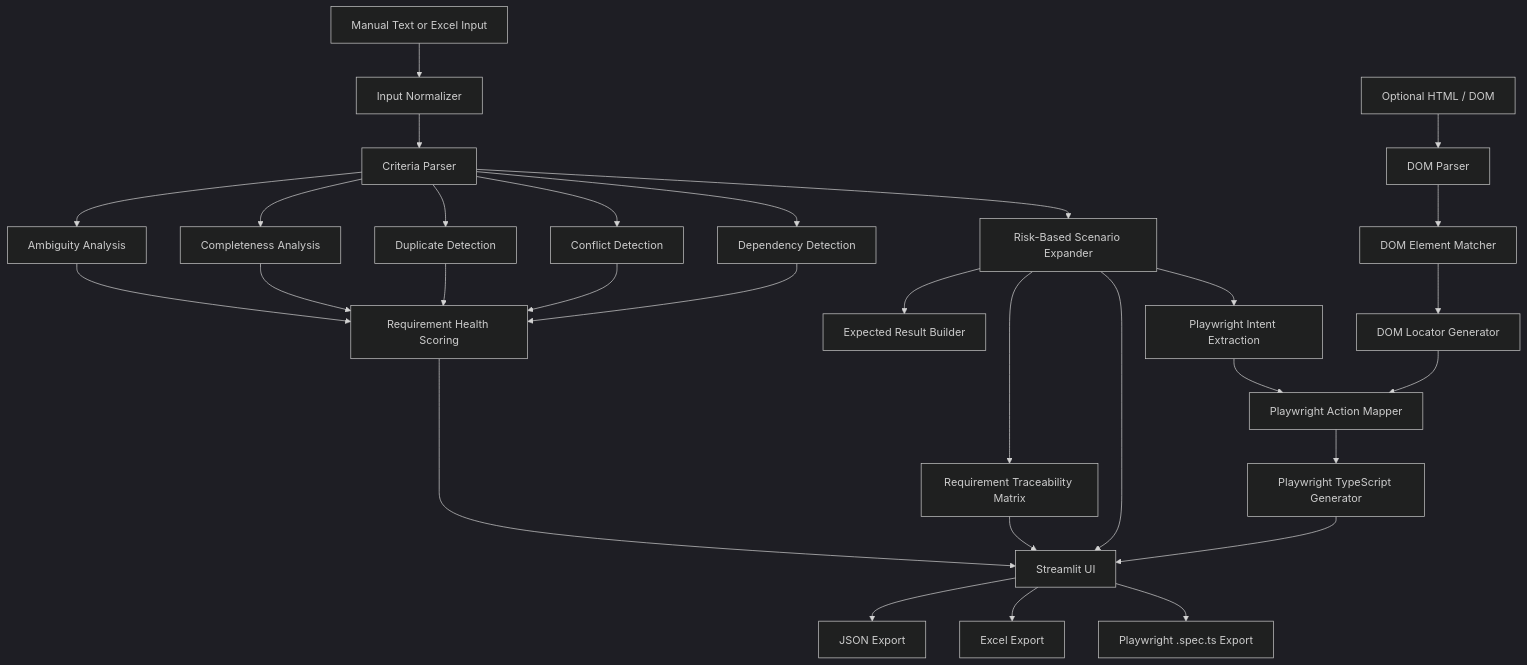
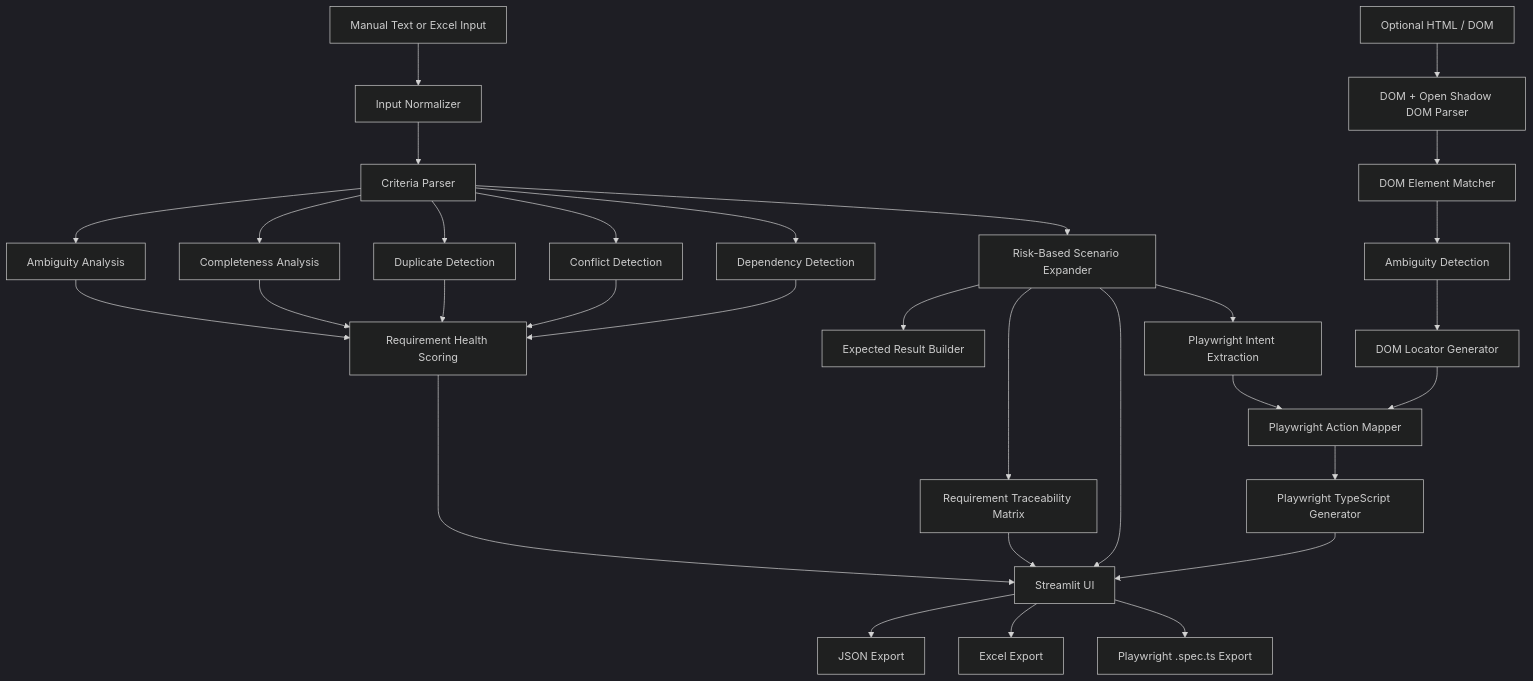
One commit to gaya3bollineni/Spec2Test-Intelligence changed the diagram in README.md. Above: the diagram before and after it, drawn with Mermaid (dark theme). The commit also changed other lines of this file and 1 other file, not shown here.

Commit message:
Add Shadow DOM support for Playwright generation

````diff
--- a/README.md
+++ b/README.md
@@ -388,40 +536,41 @@
 ```mermaid
 flowchart TD
     A[Manual Text or Excel Input] --> B[Input Normalizer]
     B --> C[Criteria Parser]
 
     C --> D[Ambiguity Analysis]
     C --> E[Completeness Analysis]
     C --> F[Duplicate Detection]
     C --> G[Conflict Detection]
     C --> H[Dependency Detection]
 
     D --> I[Requirement Health Scoring]
     E --> I
     F --> I
     G --> I
     H --> I
 
     C --> J[Risk-Based Scenario Expander]
     J --> K[Expected Result Builder]
     J --> L[Requirement Traceability Matrix]
 
     J --> P[Playwright Intent Extraction]
     P --> Q[Playwright Action Mapper]
 
-    T[Optional HTML / DOM] --> U[DOM Parser]
+    T[Optional HTML / DOM] --> U[DOM + Open Shadow DOM Parser]
     U --> V[DOM Element Matcher]
-    V --> W[DOM Locator Generator]
+    V --> X[Ambiguity Detection]
+    X --> W[DOM Locator Generator]
     W --> Q
 
     Q --> R[Playwright TypeScript Generator]
 
     I --> M[Streamlit UI]
     L --> M
     J --> M
     R --> M
 
     M --> N[JSON Export]
     M --> O[Excel Export]
     M --> S[Playwright .spec.ts Export]
 ```
````
